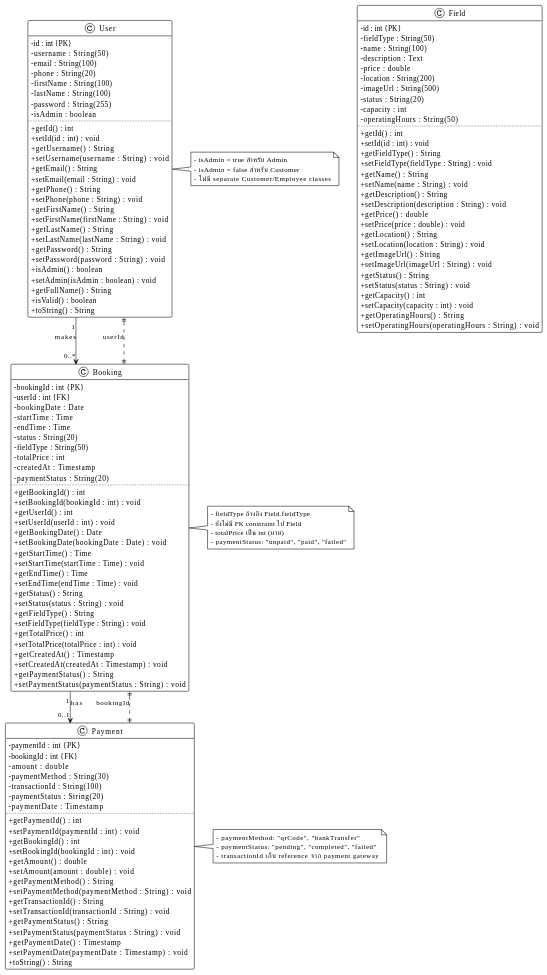
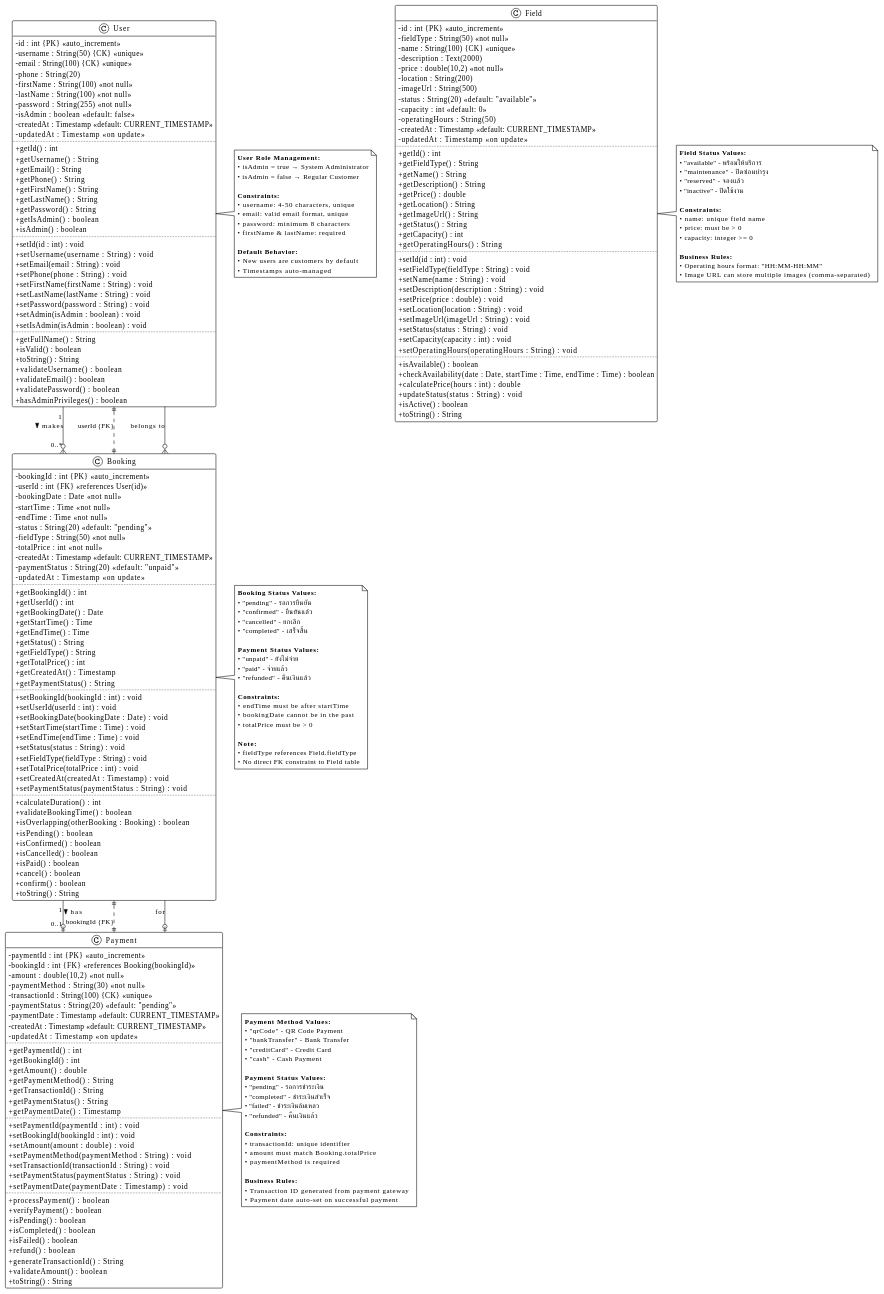
One commit to Narathip1707/Stadium_test changed the diagram in docs/diagrams/Actual_Class_Diagram.md. Above: the diagram before and after it, drawn with PlantUML. The commit also changed other lines of this file, not shown here.

Commit message:
update class diagram and database schema for Sports Booking System; enhance attributes, methods, and relationships for User, Field, Booking, and Payment classes

````diff
--- a/docs/diagrams/Actual_Class_Diagram.md
+++ b/docs/diagrams/Actual_Class_Diagram.md
@@ -9,166 +9,299 @@
 ```plantuml
-@startuml SportsBookingActualClassDiagram
+@startuml SportsBookingDetailedClassDiagram
 !theme plain
 skinparam linetype ortho
 skinparam classAttributeIconSize 0
 
-' User Class 
+' ===================================
+' User Class - ผู้ใช้งานระบบ (Customer + Admin)
+' ===================================
 class User {
-    - id : int {PK}
-    - username : String(50)
-    - email : String(100)
+    ' Attributes with Length, Keys
+    - id : int {PK} <<auto_increment>>
+    - username : String(50) {CK} <<unique>>
+    - email : String(100) {CK} <<unique>>
     - phone : String(20)
-    - firstName : String(100)
-    - lastName : String(100)
-    - password : String(255)
-    - isAdmin : boolean
+    - firstName : String(100) <<not null>>
+    - lastName : String(100) <<not null>>
+    - password : String(255) <<not null>>
+    - isAdmin : boolean <<default: false>>
+    - createdAt : Timestamp <<default: CURRENT_TIMESTAMP>>
+    - updatedAt : Timestamp <<on update>>
     ..
+    ' Getter Methods
     + getId() : int
+    + getUsername() : String
+    + getEmail() : String
+    + getPhone() : String
+    + getFirstName() : String
+    + getLastName() : String
+    + getPassword() : String
+    + getIsAdmin() : boolean
+    + isAdmin() : boolean
+    ..
+    ' Setter Methods
     + setId(id : int) : void
-    + getUsername() : String
     + setUsername(username : String) : void
-    + getEmail() : String
     + setEmail(email : String) : void
-    + getPhone() : String
     + setPhone(phone : String) : void
-    + getFirstName() : String
     + setFirstName(firstName : String) : void
-    + getLastName() : String
     + setLastName(lastName : String) : void
-    + getPassword() : String
     + setPassword(password : String) : void
-    + isAdmin() : boolean
     + setAdmin(isAdmin : boolean) : void
+    + setIsAdmin(isAdmin : boolean) : void
+    ..
+    ' Business Methods
     + getFullName() : String
     + isValid() : boolean
     + toString() : String
+    + validateUsername() : boolean
+    + validateEmail() : boolean
+    + validatePassword() : boolean
+    + hasAdminPrivileges() : boolean
 }
 
-' Field Class (ตามโค้ดจริง)
+' ===================================
+' Field Class - สนามกีฬา
+' ===================================
 class Field {
-    - id : int {PK}
-    - fieldType : String(50)
-    - name : String(100)
-    - description : Text
-    - price : double
+    ' Attributes with Length, Keys
+    - id : int {PK} <<auto_increment>>
+    - fieldType : String(50) <<not null>>
+    - name : String(100) {CK} <<unique>>
+    - description : Text(2000)
+    - price : double(10,2) <<not null>>
     - location : String(200)
     - imageUrl : String(500)
-    - status : String(20)
-    - capacity : int
+    - status : String(20) <<default: "available">>
+    - capacity : int <<default: 0>>
     - operatingHours : String(50)
+    - createdAt : Timestamp <<default: CURRENT_TIMESTAMP>>
+    - updatedAt : Timestamp <<on update>>
     ..
+    ' Getter Methods
     + getId() : int
+    + getFieldType() : String
+    + getName() : String
+    + getDescription() : String
+    + getPrice() : double
+    + getLocation() : String
+    + getImageUrl() : String
+    + getStatus() : String
+    + getCapacity() : int
+    + getOperatingHours() : String
+    ..
+    ' Setter Methods
     + setId(id : int) : void
-    + getFieldType() : String
     + setFieldType(fieldType : String) : void
-    + getName() : String
     + setName(name : String) : void
-    + getDescription() : String
     + setDescription(description : String) : void
-    + getPrice() : double
     + setPrice(price : double) : void
-    + getLocation() : String
     + setLocation(location : String) : void
-    + getImageUrl() : String
     + setImageUrl(imageUrl : String) : void
-    + getStatus() : String
     + setStatus(status : String) : void
-    + getCapacity() : int
     + setCapacity(capacity : int) : void
-    + getOperatingHours() : String
     + setOperatingHours(operatingHours : String) : void
-}
-
-' Booking Class (ตามโค้ดจริง)
-class Booking {
-    - bookingId : int {PK}
-    - userId : int {FK}
-    - bookingDate : Date
-    - startTime : Time
-    - endTime : Time
-    - status : String(20)
-    - fieldType : String(50)
-    - totalPrice : int
-    - createdAt : Timestamp
-    - paymentStatus : String(20)
     ..
-    + getBookingId() : int
-    + setBookingId(bookingId : int) : void
-    + getUserId() : int
-    + setUserId(userId : int) : void
-    + getBookingDate() : Date
-    + setBookingDate(bookingDate : Date) : void
-    + getStartTime() : Time
-    + setStartTime(startTime : Time) : void
-    + getEndTime() : Time
-    + setEndTime(endTime : Time) : void
-    + getStatus() : String
-    + setStatus(status : String) : void
-    + getFieldType() : String
-    + setFieldType(fieldType : String) : void
-    + getTotalPrice() : int
-    + setTotalPrice(totalPrice : int) : void
-    + getCreatedAt() : Timestamp
-    + setCreatedAt(createdAt : Timestamp) : void
-    + getPaymentStatus() : String
-    + setPaymentStatus(paymentStatus : String) : void
-}
-
-' Payment Class (ตามโค้ดจริง)
-class Payment {
-    - paymentId : int {PK}
-    - bookingId : int {FK}
-    - amount : double
-    - paymentMethod : String(30)
-    - transactionId : String(100)
-    - paymentStatus : String(20)
-    - paymentDate : Timestamp
-    ..
-    + getPaymentId() : int
-    + setPaymentId(paymentId : int) : void
-    + getBookingId() : int
-    + setBookingId(bookingId : int) : void
-    + getAmount() : double
-    + setAmount(amount : double) : void
-    + getPaymentMethod() : String
-    + setPaymentMethod(paymentMethod : String) : void
-    + getTransactionId() : String
-    + setTransactionId(transactionId : String) : void
-    + getPaymentStatus() : String
-    + setPaymentStatus(paymentStatus : String) : void
-    + getPaymentDate() : Timestamp
-    + setPaymentDate(paymentDate : Timestamp) : void
+    ' Business Methods
+    + isAvailable() : boolean
+    + checkAvailability(date : Date, startTime : Time, endTime : Time) : boolean
+    + calculatePrice(hours : int) : double
+    + updateStatus(status : String) : void
+    + isActive() : boolean
     + toString() : String
 }
 
-' =========== RELATIONSHIPS ===========
+' ===================================
+' Booking Class - การจองสนาม
+' ===================================
+class Booking {
+    ' Attributes with Length, Keys
+    - bookingId : int {PK} <<auto_increment>>
+    - userId : int {FK} <<references User(id)>>
+    - bookingDate : Date <<not null>>
+    - startTime : Time <<not null>>
+    - endTime : Time <<not null>>
+    - status : String(20) <<default: "pending">>
+    - fieldType : String(50) <<not null>>
+    - totalPrice : int <<not null>>
+    - createdAt : Timestamp <<default: CURRENT_TIMESTAMP>>
+    - paymentStatus : String(20) <<default: "unpaid">>
+    - updatedAt : Timestamp <<on update>>
+    ..
+    ' Getter Methods
+    + getBookingId() : int
+    + getUserId() : int
+    + getBookingDate() : Date
+    + getStartTime() : Time
+    + getEndTime() : Time
+    + getStatus() : String
+    + getFieldType() : String
+    + getTotalPrice() : int
+    + getCreatedAt() : Timestamp
+    + getPaymentStatus() : String
+    ..
+    ' Setter Methods
+    + setBookingId(bookingId : int) : void
+    + setUserId(userId : int) : void
+    + setBookingDate(bookingDate : Date) : void
+    + setStartTime(startTime : Time) : void
+    + setEndTime(endTime : Time) : void
+    + setStatus(status : String) : void
+    + setFieldType(fieldType : String) : void
+    + setTotalPrice(totalPrice : int) : void
+    + setCreatedAt(createdAt : Timestamp) : void
+    + setPaymentStatus(paymentStatus : String) : void
+    ..
+    ' Business Methods
+    + calculateDuration() : int
+    + validateBookingTime() : boolean
+    + isOverlapping(otherBooking : Booking) : boolean
+    + isPending() : boolean
+    + isConfirmed() : boolean
+    + isCancelled() : boolean
+    + isPaid() : boolean
+    + cancel() : boolean
+    + confirm() : boolean
+    + toString() : String
+}
 
-' User to Booking (One-to-Many)
-User "1" --> "0..*" Booking : makes
-User ||..|| Booking : userId
+' ===================================
+' Payment Class - การชำระเงิน
+' ===================================
+class Payment {
+    ' Attributes with Length, Keys
+    - paymentId : int {PK} <<auto_increment>>
+    - bookingId : int {FK} <<references Booking(bookingId)>>
+    - amount : double(10,2) <<not null>>
+    - paymentMethod : String(30) <<not null>>
+    - transactionId : String(100) {CK} <<unique>>
+    - paymentStatus : String(20) <<default: "pending">>
+    - paymentDate : Timestamp <<default: CURRENT_TIMESTAMP>>
+    - createdAt : Timestamp <<default: CURRENT_TIMESTAMP>>
+    - updatedAt : Timestamp <<on update>>
+    ..
+    ' Getter Methods
+    + getPaymentId() : int
+    + getBookingId() : int
+    + getAmount() : double
+    + getPaymentMethod() : String
+    + getTransactionId() : String
+    + getPaymentStatus() : String
+    + getPaymentDate() : Timestamp
+    ..
+    ' Setter Methods
+    + setPaymentId(paymentId : int) : void
+    + setBookingId(bookingId : int) : void
+    + setAmount(amount : double) : void
+    + setPaymentMethod(paymentMethod : String) : void
+    + setTransactionId(transactionId : String) : void
+    + setPaymentStatus(paymentStatus : String) : void
+    + setPaymentDate(paymentDate : Timestamp) : void
+    ..
+    ' Business Methods
+    + processPayment() : boolean
+    + verifyPayment() : boolean
+    + isPending() : boolean
+    + isCompleted() : boolean
+    + isFailed() : boolean
+    + refund() : boolean
+    + generateTransactionId() : String
+    + validateAmount() : boolean
+    + toString() : String
+}
 
-' Booking to Payment (One-to-One or One-to-Many)
-Booking "1" --> "0..1" Payment : has
-Booking ||..|| Payment : bookingId
+' =========== RELATIONSHIPS WITH MULTIPLICITY ===========
 
-' Notes
+' User to Booking Relationship (One User can make Many Bookings)
+User "1" --o{ "0..*" Booking : makes >
+Booking }o-- User : belongs to
+
+' Booking to Payment Relationship (One Booking can have One Payment)
+Booking "1" --o| "0..1" Payment : has >
+Payment |o-- Booking : for
+
+' =========== FOREIGN KEY LINKS ===========
+User ||..|| Booking : userId {FK}
+Booking ||..|| Payment : bookingId {FK}
+
+' =========== NOTES & CONSTRAINTS ===========
+
 note right of User
-  - isAdmin = true สำหรับ Admin
-  - isAdmin = false สำหรับ Customer
-  - ไม่มี separate Customer/Employee classes
+  **User Role Management:**
+  • isAdmin = true → System Administrator
+  • isAdmin = false → Regular Customer
+  
+  **Constraints:**
+  • username: 4-50 characters, unique
+  • email: valid email format, unique
+  • password: minimum 8 characters
+  • firstName & lastName: required
+  
+  **Default Behavior:**
+  • New users are customers by default
+  • Timestamps auto-managed
+end note
+
+note right of Field
+  **Field Status Values:**
+  • "available" - พร้อมให้บริการ
+  • "maintenance" - ปิดซ่อมบำรุง
+  • "reserved" - จองแล้ว
+  • "inactive" - ปิดใช้งาน
+  
+  **Constraints:**
+  • name: unique field name
+  • price: must be > 0
+  • capacity: integer >= 0
+  
+  **Business Rules:**
+  • Operating hours format: "HH:MM-HH:MM"
+  • Image URL can store multiple images (comma-separated)
 end note
 
 note right of Booking
-  - fieldType อ้างอิง Field.fieldType
-  - ยังไม่มี FK constraint ไป Field
-  - totalPrice เป็น int (บาท)
-  - paymentStatus: "unpaid", "paid", "failed"
+  **Booking Status Values:**
+  • "pending" - รอการยืนยัน
+  • "confirmed" - ยืนยันแล้ว
+  • "cancelled" - ยกเลิก
+  • "completed" - เสร็จสิ้น
+  
+  **Payment Status Values:**
+  • "unpaid" - ยังไม่จ่าย
+  • "paid" - จ่ายแล้ว
+  • "refunded" - คืนเงินแล้ว
+  
+  **Constraints:**
+  • endTime must be after startTime
+  • bookingDate cannot be in the past
+  • totalPrice must be > 0
+  
+  **Note:**
+  • fieldType references Field.fieldType
+  • No direct FK constraint to Field table
 end note
 
 note right of Payment
-  - paymentMethod: "qrCode", "bankTransfer"
-  - paymentStatus: "pending", "completed", "failed"
-  - transactionId เก็บ reference จาก payment gateway
+  **Payment Method Values:**
+  • "qrCode" - QR Code Payment
+  • "bankTransfer" - Bank Transfer
+  • "creditCard" - Credit Card
+  • "cash" - Cash Payment
+  
+  **Payment Status Values:**
+  • "pending" - รอการชำระเงิน
+  • "completed" - ชำระเงินสำเร็จ
+  • "failed" - ชำระเงินล้มเหลว
+  • "refunded" - คืนเงินแล้ว
+  
+  **Constraints:**
+  • transactionId: unique identifier
+  • amount must match Booking.totalPrice
+  • paymentMethod is required
+  
+  **Business Rules:**
+  • Transaction ID generated from payment gateway
+  • Payment date auto-set on successful payment
 end note
 
 @enduml
````
